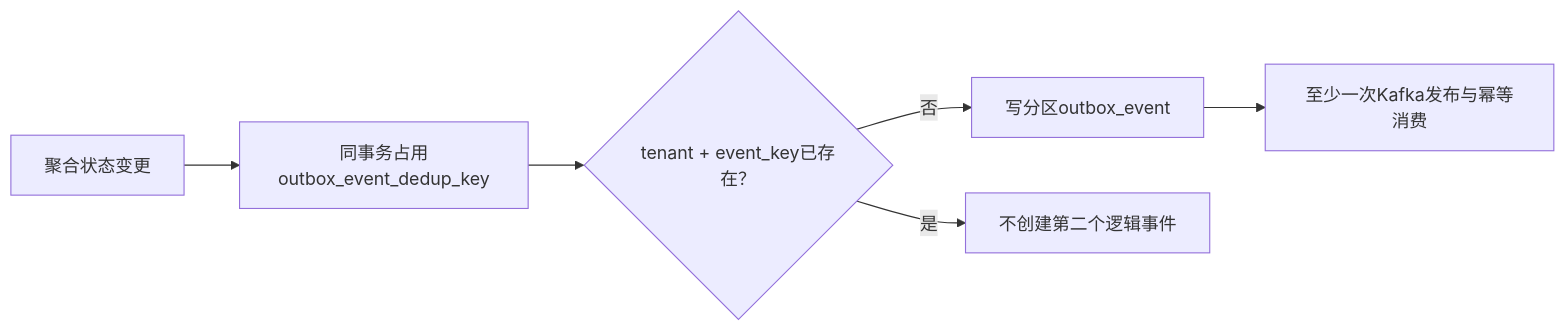
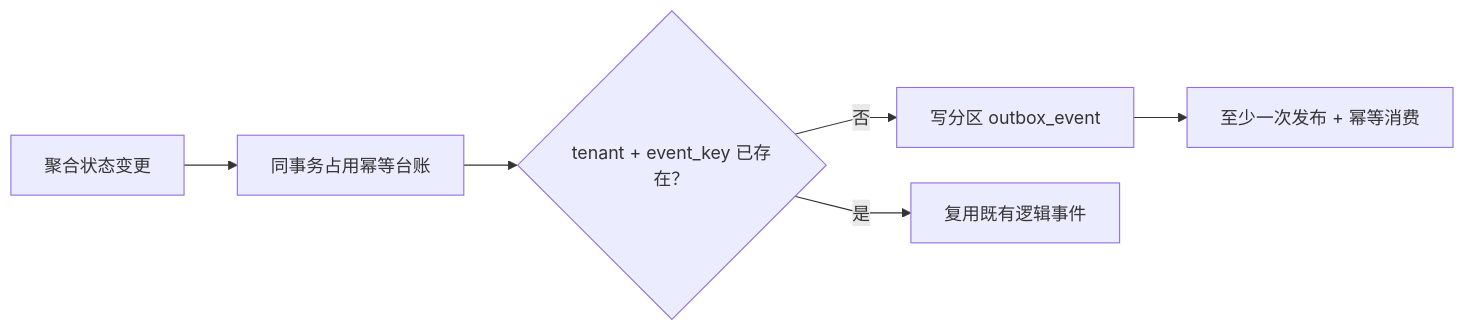
Before and after one commit to pinpols/file-batch-system: the diagram in docs/design/partition-idempotency-decision.md, drawn with Mermaid. The commit also changed 2792 other files, not shown here.

````diff
--- a/docs/design/partition-idempotency-decision.md
+++ b/docs/design/partition-idempotency-decision.md
@@ -5,8 +5,9 @@
 ```mermaid
+%%{init: {"flowchart":{"curve":"linear","nodeSpacing":32,"rankSpacing":48},"sequence":{"mirrorActors":false}}}%%
 flowchart LR
-  S["聚合状态变更"] --> L["同事务占用outbox_event_dedup_key"]
-  L --> C{"tenant + event_key已存在？"}
-  C -->|"否"| E["写分区outbox_event"]
-  C -->|"是"| D["不创建第二个逻辑事件"]
-  E --> K["至少一次Kafka发布与幂等消费"]
+  S[聚合状态变更] --> L[同事务占用幂等台账]
+  L --> C{tenant + event_key 已存在？}
+  C -->|否| E[写分区 outbox_event]
+  C -->|是| D[复用既有逻辑事件]
+  E --> K[至少一次发布 + 幂等消费]
 ```
````
